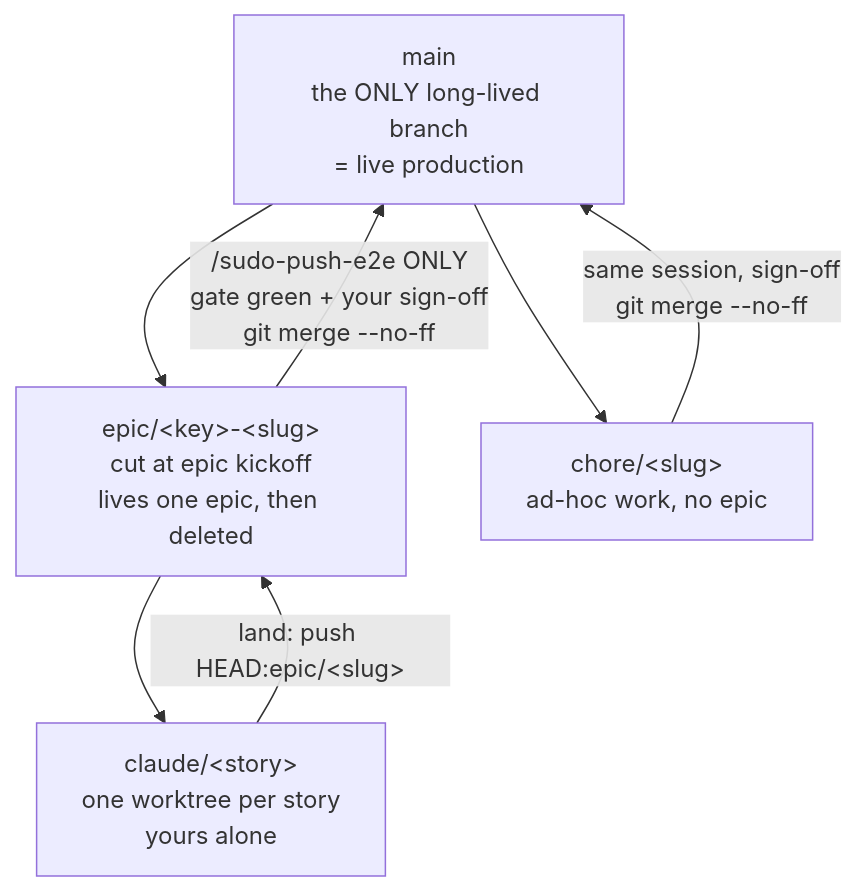
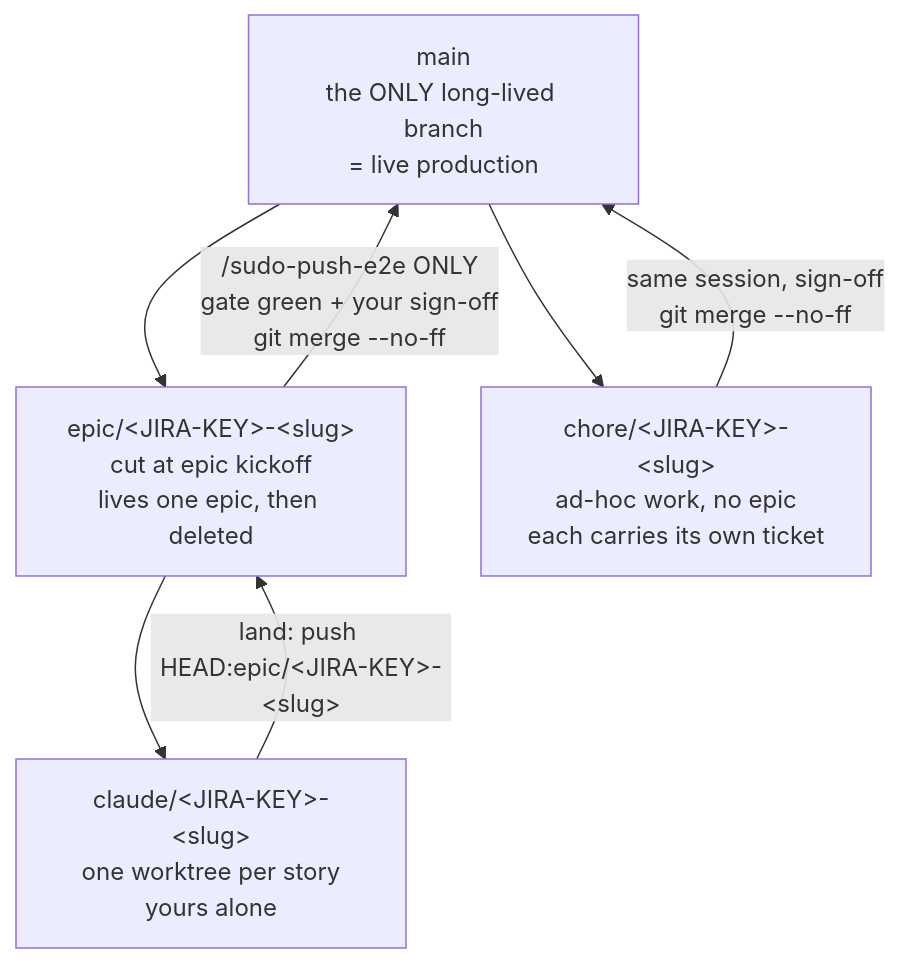
Diagram 11 of 12 in _my_resources/_quick_reference/git_walkthrough_settings.md (sudomadhatter/Sudo_Hatter_Command), drawn with Mermaid before and after one commit. The commit also changed other lines of this file and 1 other file, not shown here.

First line of the commit message:
docs(sop): SCC-30 quick-reference PRD + git walkthrough to the Jira-era standard

````diff
--- a/_my_resources/_quick_reference/git_walkthrough_settings.md
+++ b/_my_resources/_quick_reference/git_walkthrough_settings.md
@@ -280,9 +282,9 @@
 ```mermaid
 flowchart TD
-    MAIN["main\nthe ONLY long-lived branch\n= live production"] --> EPIC["epic/&lt;key&gt;-&lt;slug&gt;\ncut at epic kickoff\nlives one epic, then deleted"]
-    EPIC --> WT["claude/&lt;story&gt;\none worktree per story\nyours alone"]
-    WT -->|"land: push HEAD:epic/&lt;slug&gt;"| EPIC
+    MAIN["main\nthe ONLY long-lived branch\n= live production"] --> EPIC["epic/&lt;JIRA-KEY&gt;-&lt;slug&gt;\ncut at epic kickoff\nlives one epic, then deleted"]
+    EPIC --> WT["claude/&lt;JIRA-KEY&gt;-&lt;slug&gt;\none worktree per story\nyours alone"]
+    WT -->|"land: push HEAD:epic/&lt;JIRA-KEY&gt;-&lt;slug&gt;"| EPIC
     EPIC -->|"/sudo-push-e2e ONLY\ngate green + your sign-off\ngit merge --no-ff"| MAIN
-    MAIN --> CHORE["chore/&lt;slug&gt;\nad-hoc work, no epic"]
+    MAIN --> CHORE["chore/&lt;JIRA-KEY&gt;-&lt;slug&gt;\nad-hoc work, no epic\neach carries its own ticket"]
     CHORE -->|"same session, sign-off\ngit merge --no-ff"| MAIN
 ```
````
